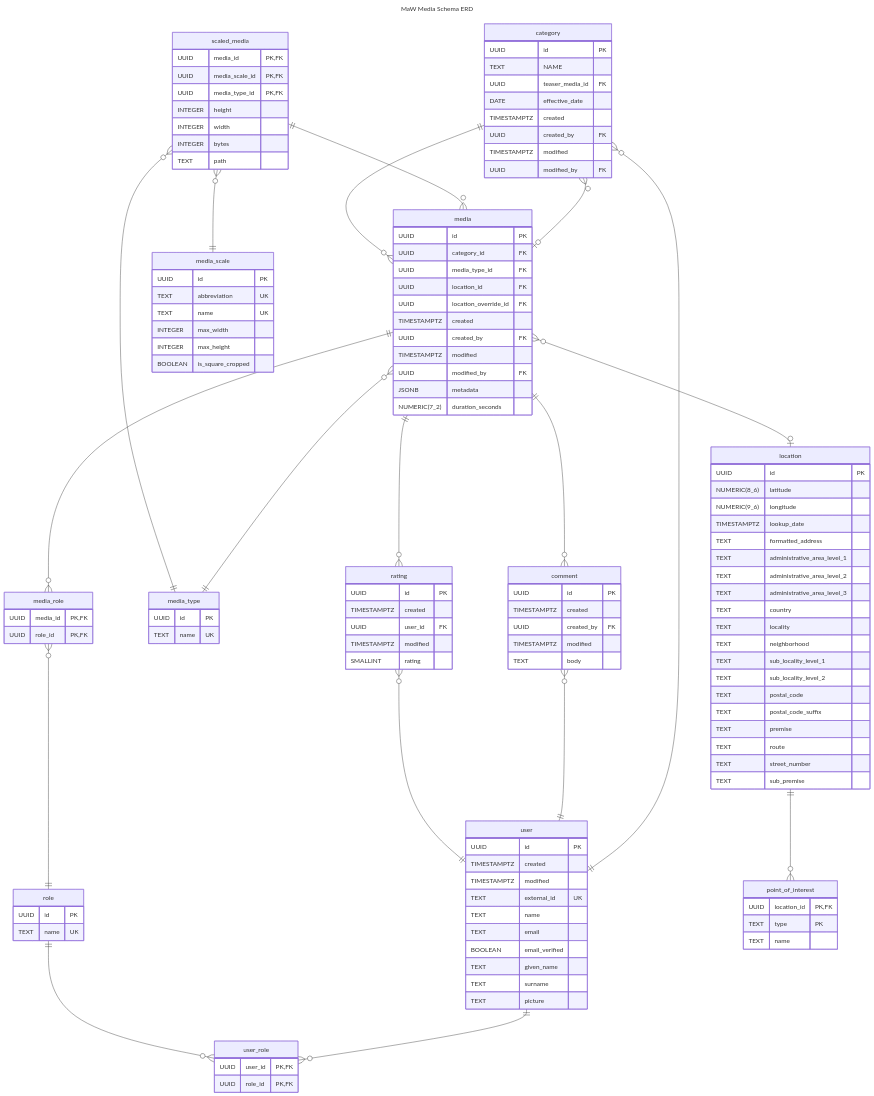
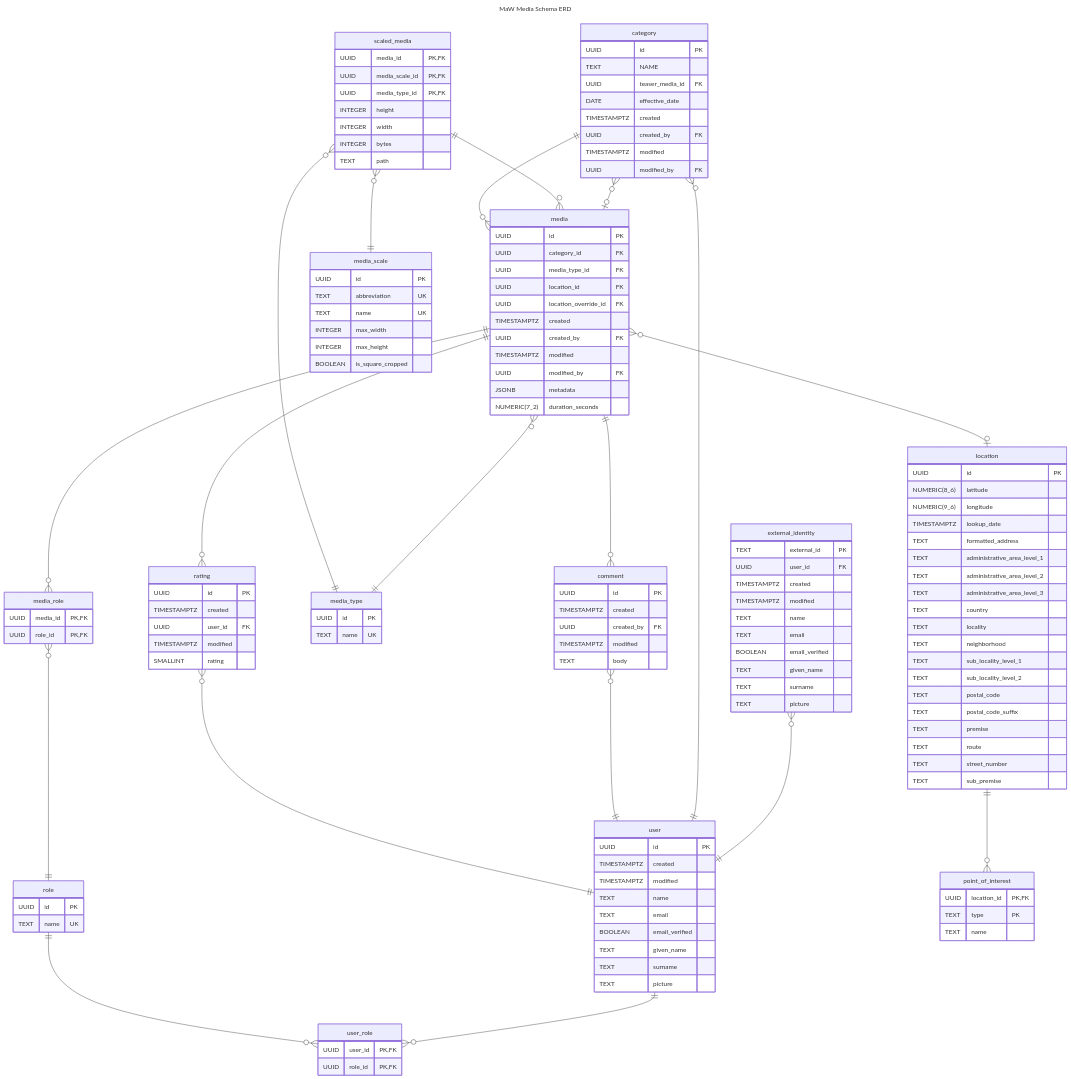
The diagram in src/db-postgres/design.mmd (AerisG222/maw-media), drawn with Mermaid before and after one commit. The commit also changed 1 other file, not shown here.

Commit message:
introduce external_identity table

```diff
--- a/src/db-postgres/design.mmd
+++ b/src/db-postgres/design.mmd
@@ -1,161 +1,172 @@
 ---
 title: MaW Media Schema ERD
 ---
 erDiagram
-    %% create another table to represent the external user, and simplify this to link those same external users
-    %% to one logical user for our system (i.e. i should have 1 user acct, regardless if i login via google/github/etc)
     %% external_id = nameidentifier
+    external_identity {
+        TEXT external_id PK
+        UUID user_id FK
+        TIMESTAMPTZ created
+        TIMESTAMPTZ modified
+        TEXT name
+        TEXT email
+        BOOLEAN email_verified
+        TEXT given_name
+        TEXT surname
+        TEXT picture
+    }
+
     user {
         UUID id PK
         TIMESTAMPTZ created
         TIMESTAMPTZ modified
-        TEXT external_id UK
         TEXT name
         TEXT email
         BOOLEAN email_verified
         TEXT given_name
         TEXT surname
         TEXT picture
     }
 
     role {
         UUID id PK
         TEXT name UK
     }
 
     user_role {
         UUID user_id PK, FK
         UUID role_id PK, FK
     }
 
     category {
         UUID id PK
         TEXT NAME
         UUID teaser_media_id FK
         DATE effective_date
         TIMESTAMPTZ created
         UUID created_by FK
         TIMESTAMPTZ modified
         UUID modified_by FK
     }
 
     media_role {
         UUID media_id PK, FK
         UUID role_id PK, FK
     }
 
     media_type {
         UUID id PK
         TEXT name UK
     }
 
     media {
         UUID id PK
         UUID category_id FK
         UUID media_type_id FK
         UUID location_id FK
         UUID location_override_id FK
         TIMESTAMPTZ created
         UUID created_by FK
         TIMESTAMPTZ modified
         UUID modified_by FK
         JSONB metadata
         NUMERIC(7_2) duration_seconds
     }
 
     location {
         UUID id PK
         NUMERIC(8_6) latitude
         NUMERIC(9_6) longitude
         TIMESTAMPTZ lookup_date
         TEXT formatted_address
         TEXT administrative_area_level_1
         TEXT administrative_area_level_2
         TEXT administrative_area_level_3
         TEXT country
         TEXT locality
         TEXT neighborhood
         TEXT sub_locality_level_1
         TEXT sub_locality_level_2
         TEXT postal_code
         TEXT postal_code_suffix
         TEXT premise
         TEXT route
         TEXT street_number
         TEXT sub_premise
     }
 
     point_of_interest {
         UUID location_id PK, FK
         TEXT type PK
         TEXT name
     }
 
     %% qqvg    ( 160 x  120)
     %% qvg     ( 320 x  240)
     %% nhd     ( 640 x  360)
     %% hd      (1280 x  720)
     %% full_hd (1920 x 1080)
     %% qhd     (2560 x 1440)
     %% 4k      (3840 x 2160)
     %% 5k      (5120 x 2880)  - skip for now
     %% 8k      (7680 × 4320)  - skip for now
     %% src     ?
     media_scale {
         UUID id PK
         TEXT abbreviation UK
         TEXT name UK
         INTEGER max_width
         INTEGER max_height
         BOOLEAN is_square_cropped
     }
 
     scaled_media {
         UUID media_id PK, FK
         UUID media_scale_id PK, FK
         UUID media_type_id PK, FK
         INTEGER height
         INTEGER width
         INTEGER bytes
         TEXT path
     }
 
     comment {
         UUID id PK
         TIMESTAMPTZ created
         UUID created_by FK
         TIMESTAMPTZ modified
         TEXT body
     }
 
     rating {
         UUID id PK
         TIMESTAMPTZ created
         UUID user_id FK
         TIMESTAMPTZ modified
         SMALLINT rating
     }
 
+    external_identity }o--|| user : ""
     user ||--o{ user_role : ""
     role ||--o{ user_role : ""
 
     category }o--|| user : ""
     category }o--o| media : ""
 
     %% assign perms here to allow flexibility of showing/hiding media on a per role basis
     media_role }o--|| role : ""
 
     media }o--|| category : ""
     media }o--|| media_type : ""
     media ||--o{ media_role : ""
     media ||--o{ comment: ""
     media ||--o{ rating: ""
     media }o--o| location : ""
 
     location ||--o{ point_of_interest : ""
     comment }o--|| user : ""
     rating }o--|| user : ""
 
     scaled_media ||--o{ media : ""
     scaled_media }o--|| media_scale : ""
     scaled_media }o--|| media_type : ""
```
